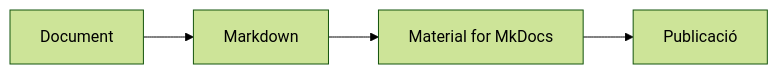
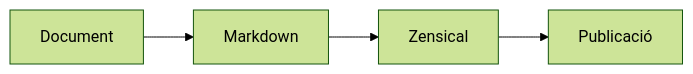
The diagram in docs/index.md (lenergetica/le-tech-knowledge-base), drawn with Mermaid (forest theme) before and after one commit. The commit also changed other lines of this file and 13 other files, not shown here.

````diff
--- a/docs/index.md
+++ b/docs/index.md
@@ -399,6 +408,6 @@
 ```mermaid
 flowchart LR
     A[Document] --> B[Markdown]
-    B --> C[Material for MkDocs]
+    B --> C[Zensical]
     C --> D[Publicació]
 ```
````
